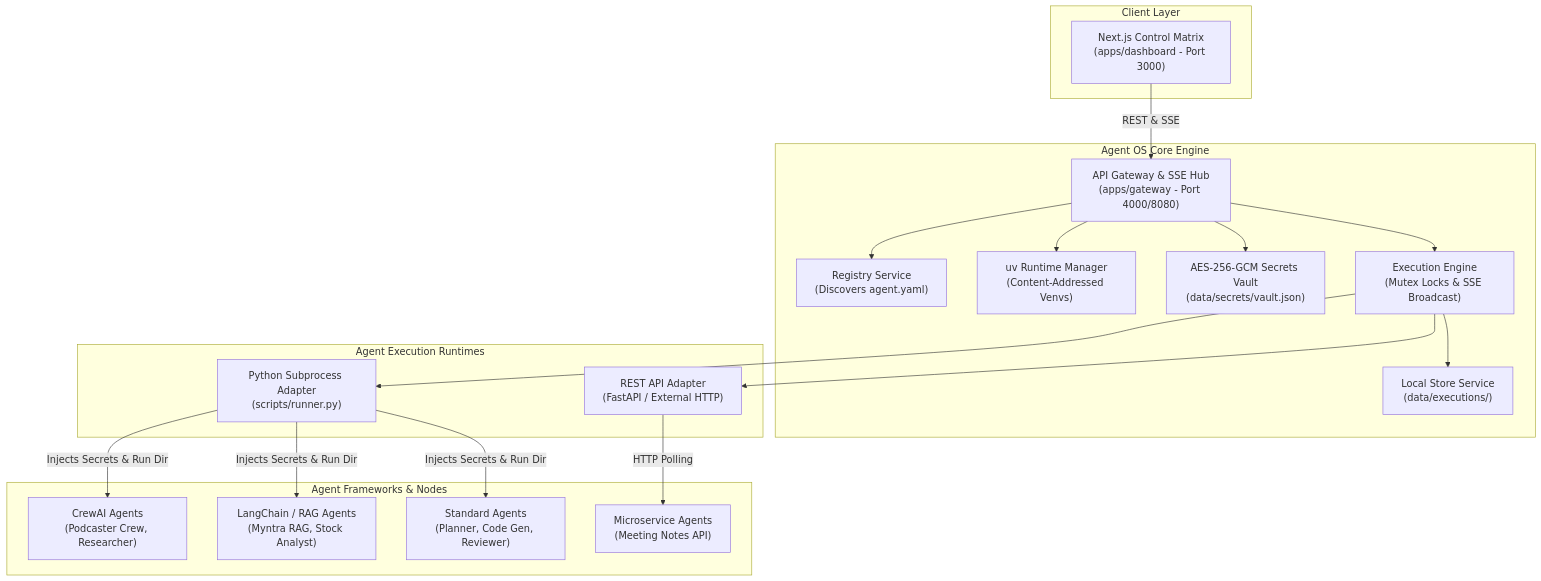
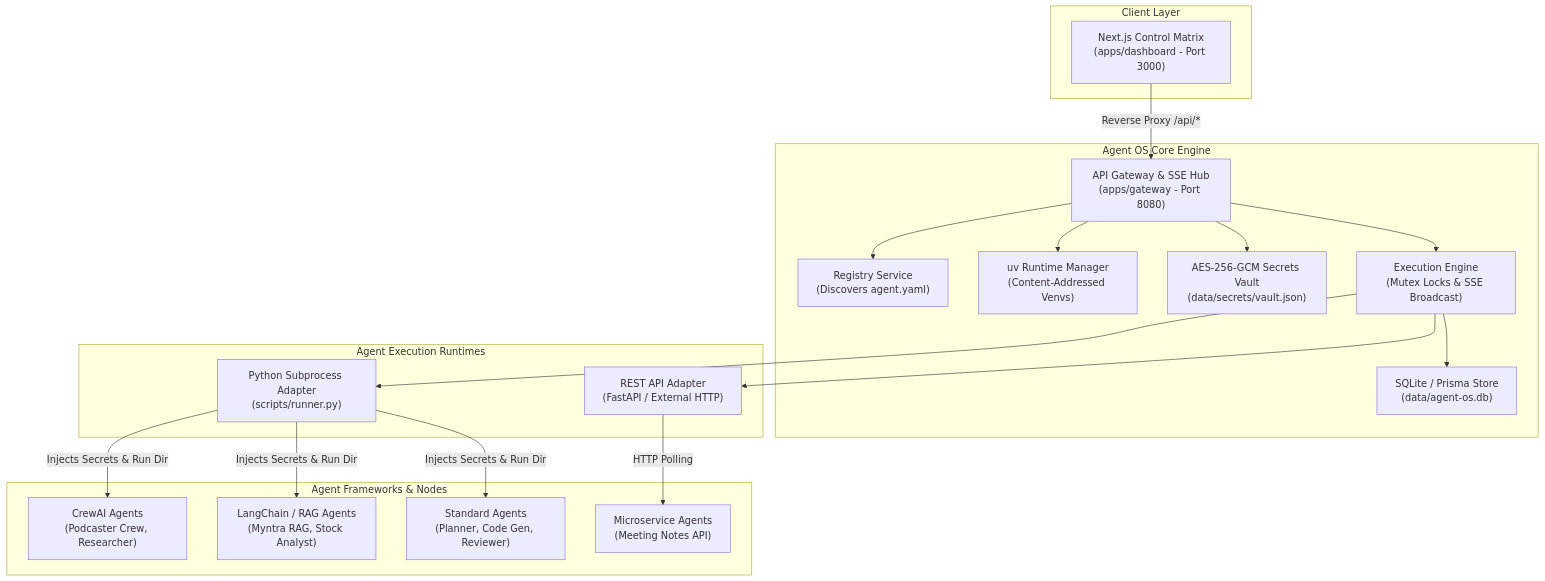
Before and after one commit to Javed1301/Agent-OS: the diagram in README.md, drawn with Mermaid. The commit also changed other lines of this file and 10 other files, not shown here.

````diff
--- a/README.md
+++ b/README.md
@@ -35,41 +35,41 @@
 ```mermaid
 flowchart TB
     subgraph Client ["Client Layer"]
         UI["Next.js Control Matrix<br/>(apps/dashboard - Port 3000)"]
     end
 
     subgraph Core ["Agent OS Core Engine"]
-        GW["API Gateway & SSE Hub<br/>(apps/gateway - Port 4000/8080)"]
+        GW["API Gateway & SSE Hub<br/>(apps/gateway - Port 8080)"]
         REG["Registry Service<br/>(Discovers agent.yaml)"]
         RM["uv Runtime Manager<br/>(Content-Addressed Venvs)"]
         VAULT["AES-256-GCM Secrets Vault<br/>(data/secrets/vault.json)"]
         EXEC["Execution Engine<br/>(Mutex Locks & SSE Broadcast)"]
-        STORE["Local Store Service<br/>(data/executions/)"]
+        STORE["SQLite / Prisma Store<br/>(data/agent-os.db)"]
     end
 
     subgraph Workers ["Agent Execution Runtimes"]
         RUNNER["Python Subprocess Adapter<br/>(scripts/runner.py)"]
         REST["REST API Adapter<br/>(FastAPI / External HTTP)"]
     end
 
     subgraph Agents ["Agent Frameworks & Nodes"]
         CREW["CrewAI Agents<br/>(Podcaster Crew, Researcher)"]
         LANG["LangChain / RAG Agents<br/>(Myntra RAG, Stock Analyst)"]
         STD["Standard Agents<br/>(Planner, Code Gen, Reviewer)"]
         REST_AGENTS["Microservice Agents<br/>(Meeting Notes API)"]
     end
 
-    UI -->|REST & SSE| GW
+    UI -->|Reverse Proxy /api/*| GW
     GW --> REG
     GW --> RM
     GW --> VAULT
     GW --> EXEC
     EXEC --> STORE
     EXEC --> RUNNER
     EXEC --> REST
 
     RUNNER -->|Injects Secrets & Run Dir| CREW
     RUNNER -->|Injects Secrets & Run Dir| LANG
     RUNNER -->|Injects Secrets & Run Dir| STD
     REST -->|HTTP Polling| REST_AGENTS
 ```
````
